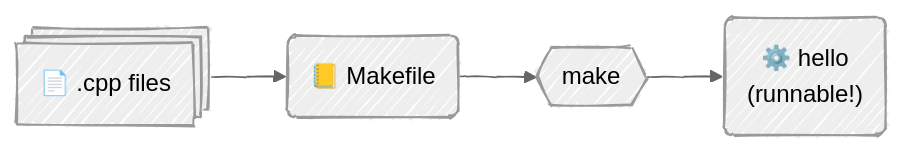
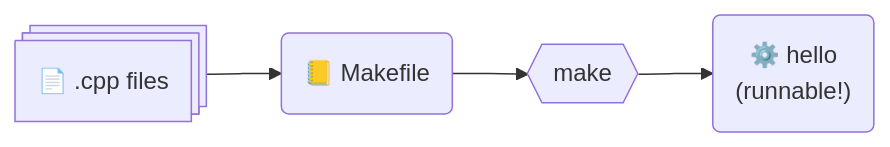
The second of 3 diagrams in posts/2026-04-23-configure-and-make/index.qmd (NBISweden/Training-Tech-shorts), drawn with Mermaid before and after one commit. The commit also changed other lines of this file, not shown here.

````diff
--- a/posts/2026-04-23-configure-and-make/index.qmd
+++ b/posts/2026-04-23-configure-and-make/index.qmd
@@ -70,14 +91,12 @@
 ```{mermaid}
 ---
 config:
-  look: handDrawn
-  theme: neutral
 ---
 flowchart LR
     cpps@{ shape: procs, label: "📄 .cpp files"}
     makefile("📒 Makefile")
     cmd{{"make"}}
     bin("⚙️  hello<br/>(runnable!)")
 
     cpps --> makefile --> cmd --> bin
 ```
````
